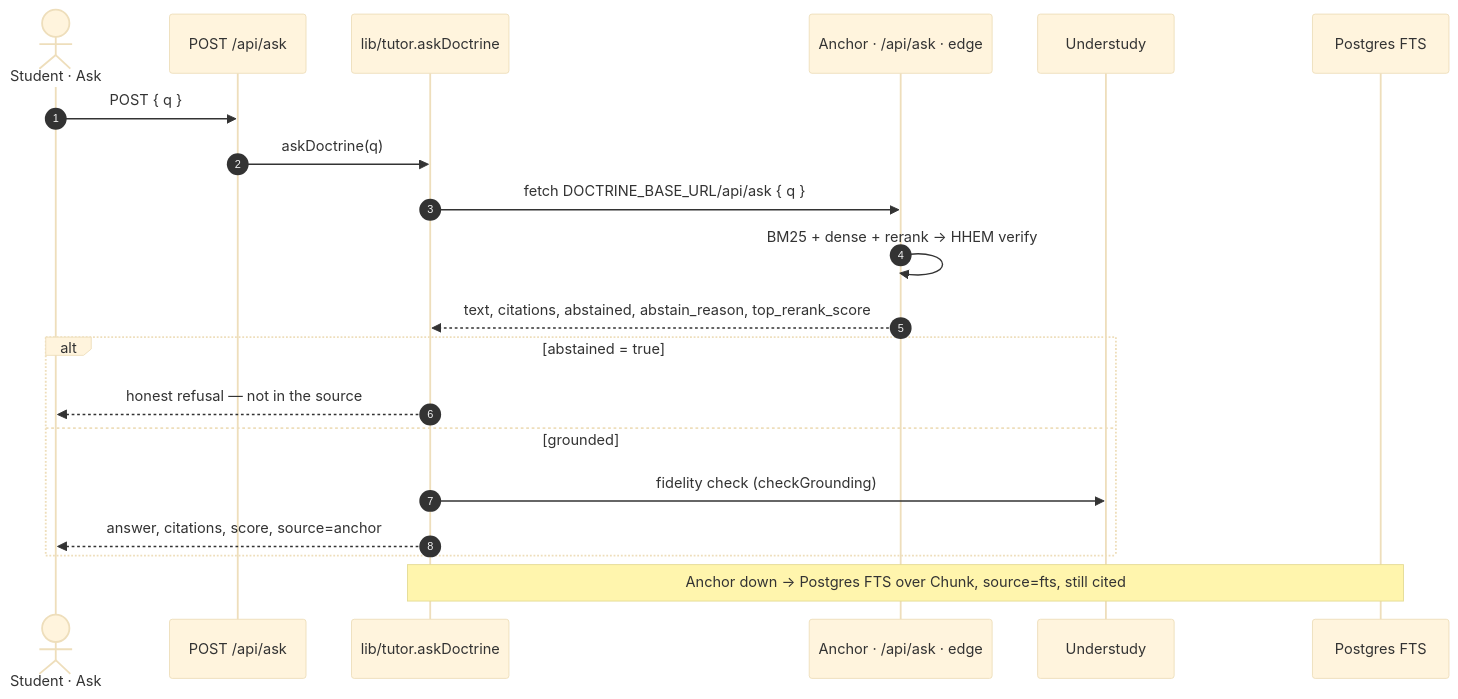
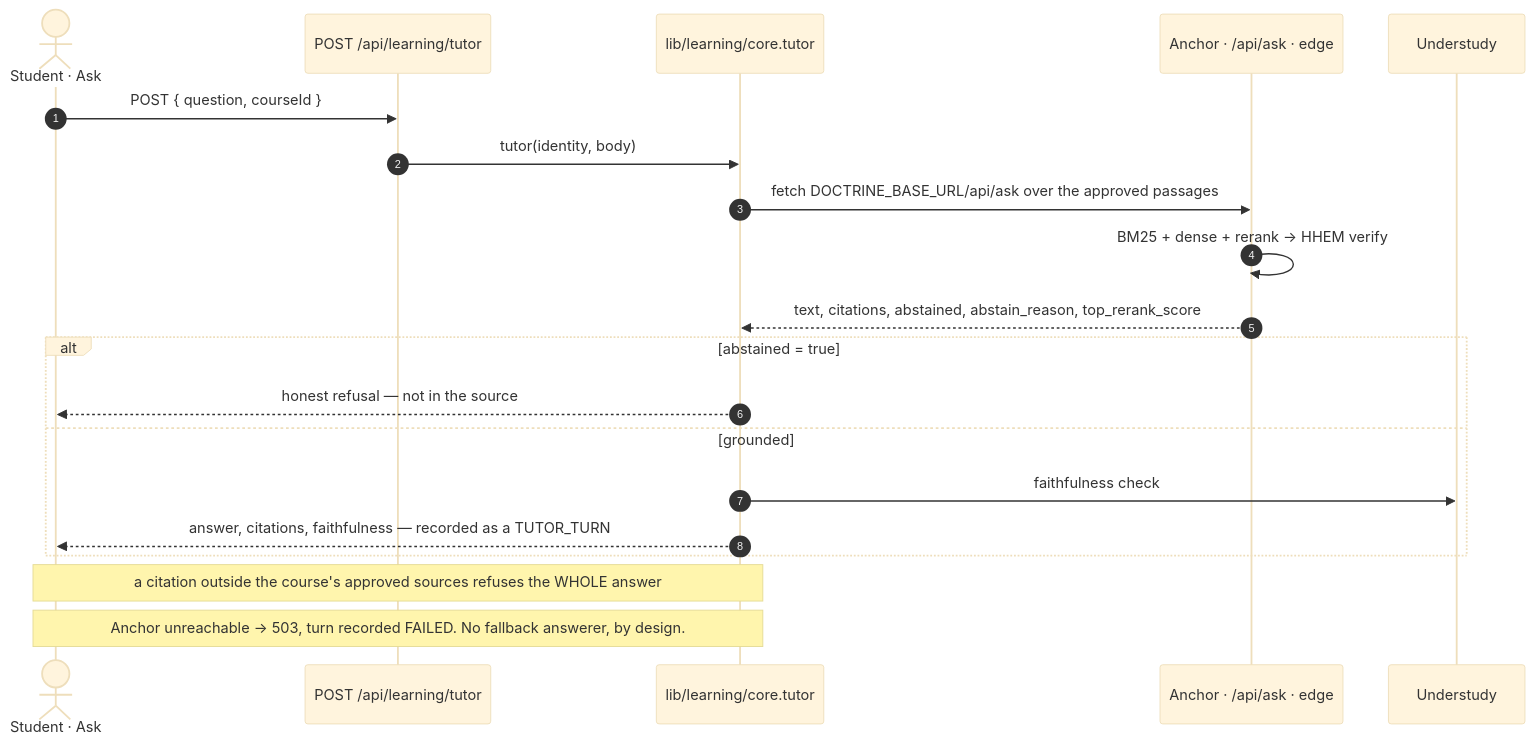
The third of 5 diagrams in docs/gameday/RANGE-CARD.md (groundworklms/SchoolCircleLMS), drawn with Mermaid (base theme) before and after one commit. The commit also changed other lines of this file and 11 other files, not shown here.

````diff
--- a/docs/gameday/RANGE-CARD.md
+++ b/docs/gameday/RANGE-CARD.md
@@ -103,22 +162,22 @@
 ```mermaid
 sequenceDiagram
   autonumber
   actor STU as Student · Ask
-  participant API as POST /api/ask
-  participant TU as lib/tutor.askDoctrine
+  participant API as POST /api/learning/tutor
+  participant TU as lib/learning/core.tutor
   participant AN as Anchor · /api/ask · edge
   participant US as Understudy
-  participant FTS as Postgres FTS
-  STU->>API: POST { q }
-  API->>TU: askDoctrine(q)
-  TU->>AN: fetch DOCTRINE_BASE_URL/api/ask { q }
+  STU->>API: POST { question, courseId }
+  API->>TU: tutor(identity, body)
+  TU->>AN: fetch DOCTRINE_BASE_URL/api/ask over the approved passages
   AN->>AN: BM25 + dense + rerank → HHEM verify
   AN-->>TU: text, citations, abstained, abstain_reason, top_rerank_score
   alt abstained = true
     TU-->>STU: honest refusal — not in the source
   else grounded
-    TU->>US: fidelity check (checkGrounding)
-    TU-->>STU: answer, citations, score, source=anchor
+    TU->>US: faithfulness check
+    TU-->>STU: answer, citations, faithfulness — recorded as a TUTOR_TURN
   end
-  Note over TU,FTS: Anchor down → Postgres FTS over Chunk, source=fts, still cited
+  Note over TU,STU: a citation outside the course's approved sources refuses the WHOLE answer
+  Note over STU,TU: Anchor unreachable → 503, turn recorded FAILED. No fallback answerer, by design.
 ```
````
